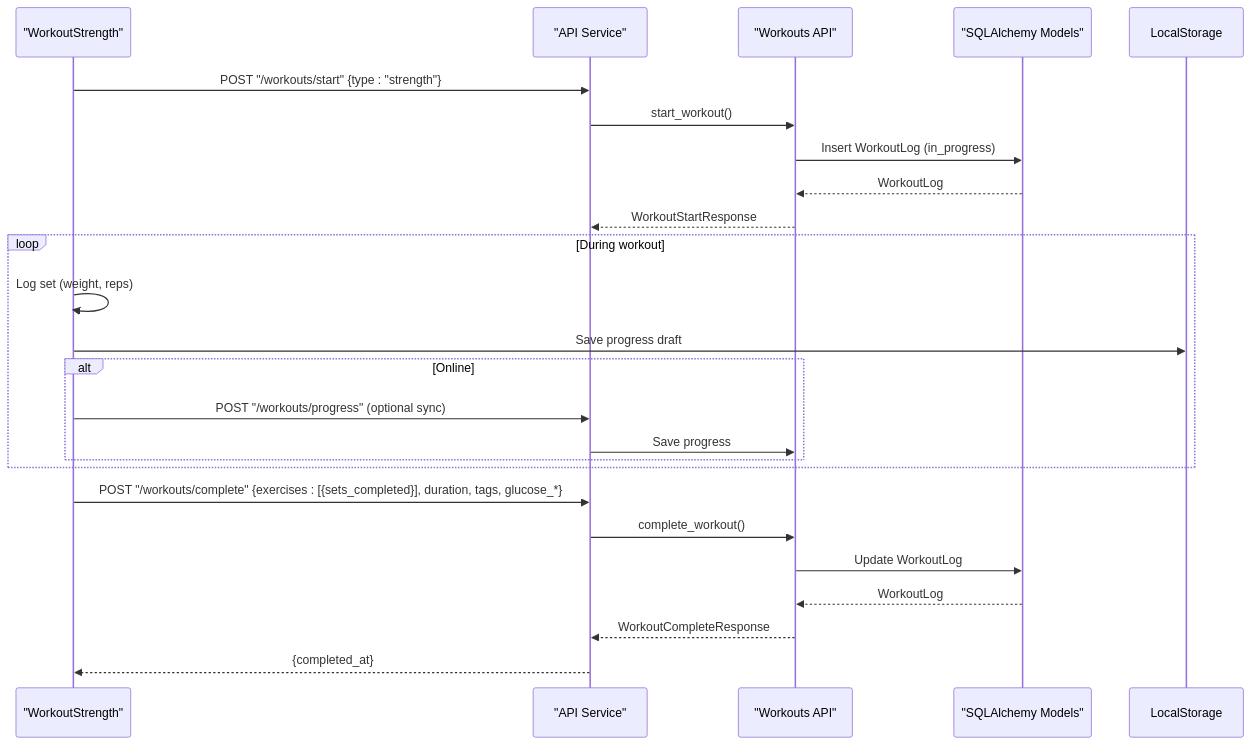
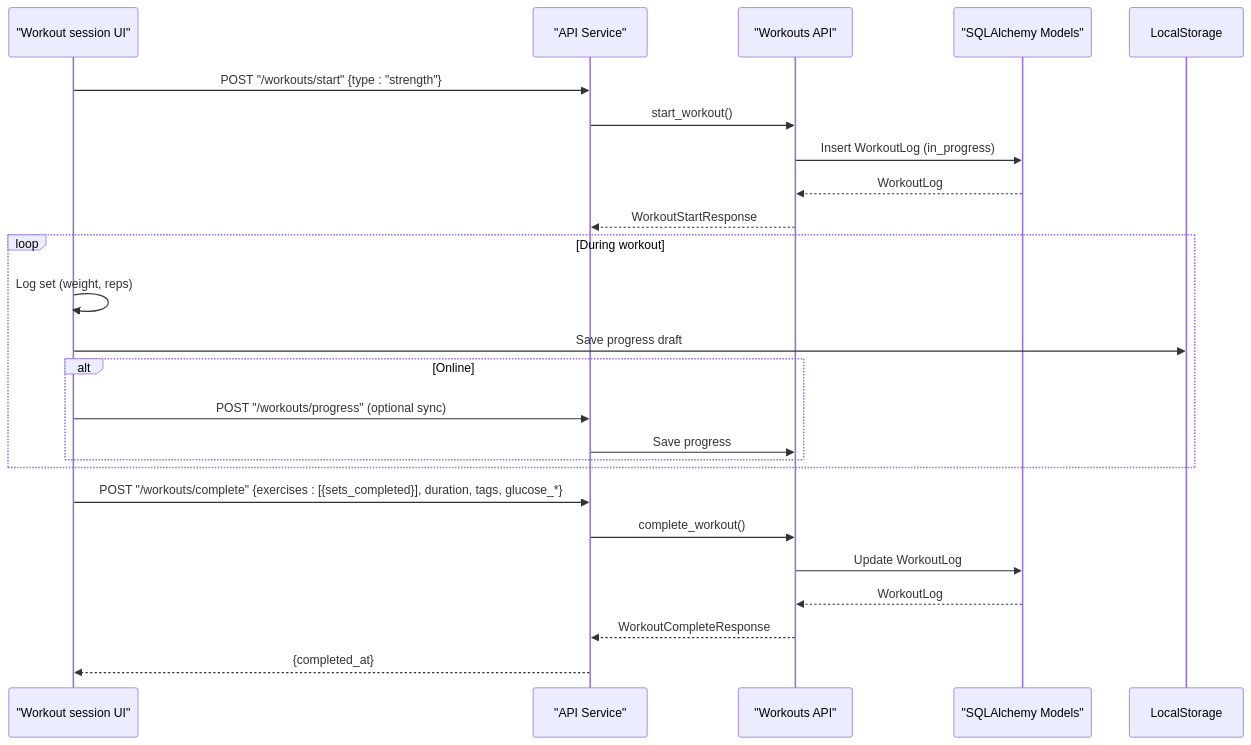
Before and after one commit to nilsnavi/fit_trackerpro: the third of 8 diagrams in .qoder/repowiki/en/content/Feature Implementation/Workout Tracking System/Workout Type Specializations.md, drawn with Mermaid. The commit also changed other lines of this file and 10 other files, not shown here.

````diff
--- a/.qoder/repowiki/en/content/Feature Implementation/Workout Tracking System/Workout Type Specializations.md
+++ b/.qoder/repowiki/en/content/Feature Implementation/Workout Tracking System/Workout Type Specializations.md
@@ -184,26 +166,26 @@
 ```mermaid
 sequenceDiagram
-participant UI as "WorkoutStrength"
+participant UI as "Workout session UI"
 participant API as "API Service"
 participant Router as "Workouts API"
 participant DB as "SQLAlchemy Models"
 UI->>API : POST "/workouts/start" {type : "strength"}
 API->>Router : start_workout()
 Router->>DB : Insert WorkoutLog (in_progress)
 DB-->>Router : WorkoutLog
 Router-->>API : WorkoutStartResponse
 loop During workout
 UI->>UI : Log set (weight, reps)
 UI->>LocalStorage : Save progress draft
 alt Online
 UI->>API : POST "/workouts/progress" (optional sync)
 API->>Router : Save progress
 end
 end
 UI->>API : POST "/workouts/complete" {exercises : [{sets_completed}], duration, tags, glucose_*}
 API->>Router : complete_workout()
 Router->>DB : Update WorkoutLog
 DB-->>Router : WorkoutLog
 Router-->>API : WorkoutCompleteResponse
 API-->>UI : {completed_at}
 ```
````
